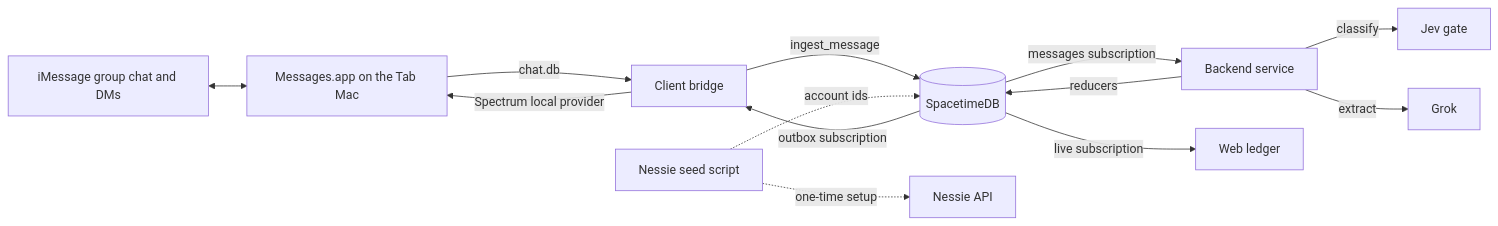
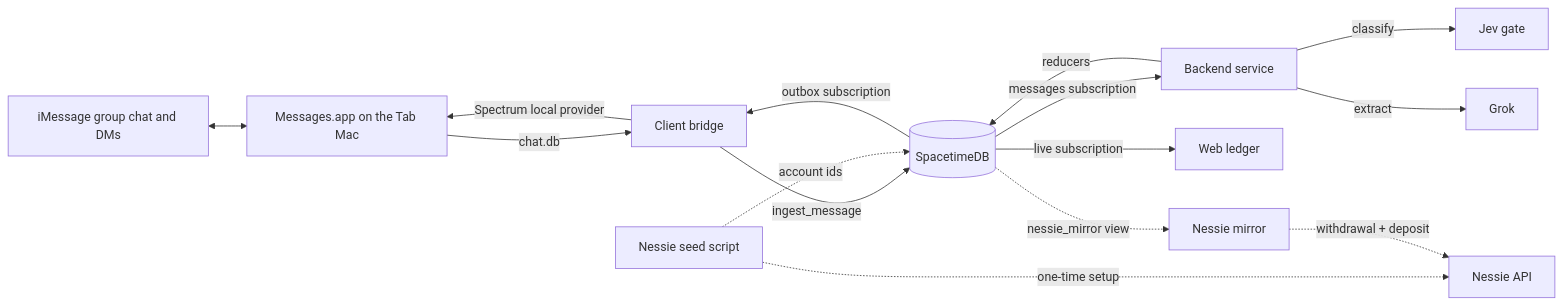
The first of 3 diagrams in SPEC.md (HarjyotS/Tab_MHacks26), drawn with Mermaid before and after one commit. The commit also changed other lines of this file and 1 other file, not shown here.

Commit message:
Document the Nessie mirror alongside simulated settlement

````diff
--- a/SPEC.md
+++ b/SPEC.md
@@ -104,15 +105,17 @@
 ```mermaid
 flowchart LR
   GC[iMessage group chat and DMs] <--> MAC[Messages.app on the Tab Mac]
   MAC -- chat.db --> CL[Client bridge]
   CL -- Spectrum local provider --> MAC
   CL -- ingest_message --> DB[(SpacetimeDB)]
   DB -- outbox subscription --> CL
   DB -- messages subscription --> BE[Backend service]
   BE -- classify --> JEV[Jev gate]
   BE -- extract --> GROK[Grok]
   BE -- reducers --> DB
   DB -- live subscription --> WL[Web ledger]
   NS[Nessie seed script] -. one-time setup .-> NES[Nessie API]
+  DB -. nessie_mirror view .-> NM[Nessie mirror]
+  NM -. withdrawal + deposit .-> NES
   NS -. account ids .-> DB
 ```
````
